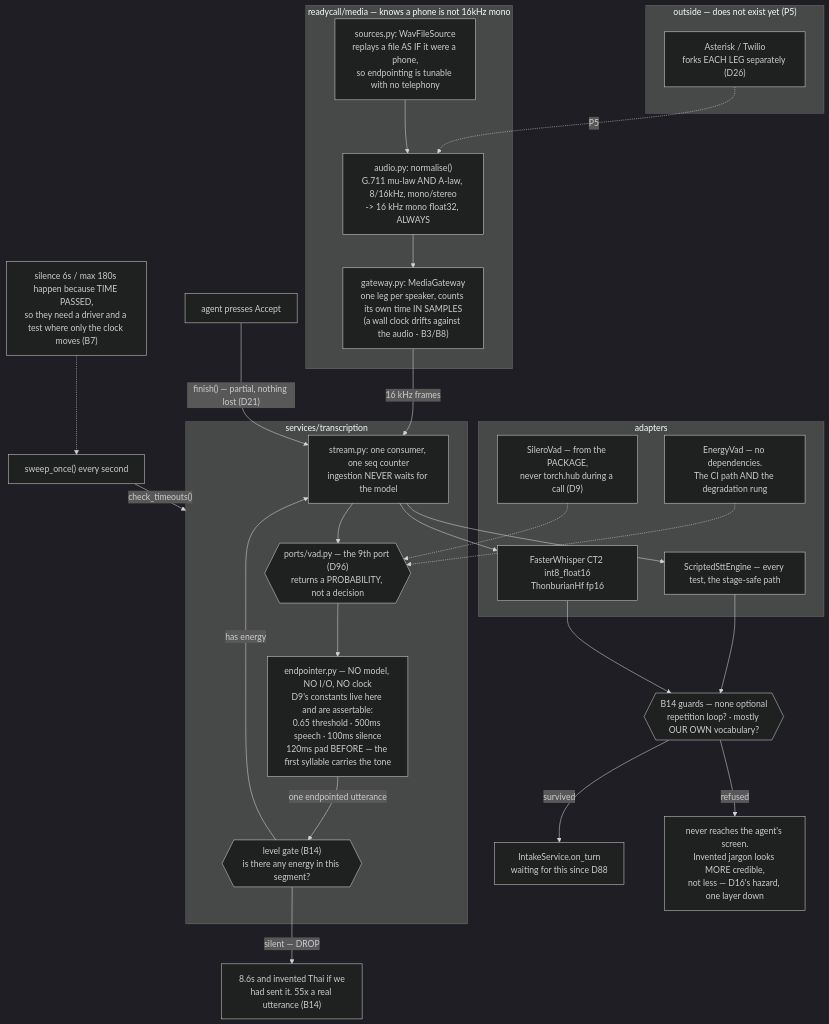
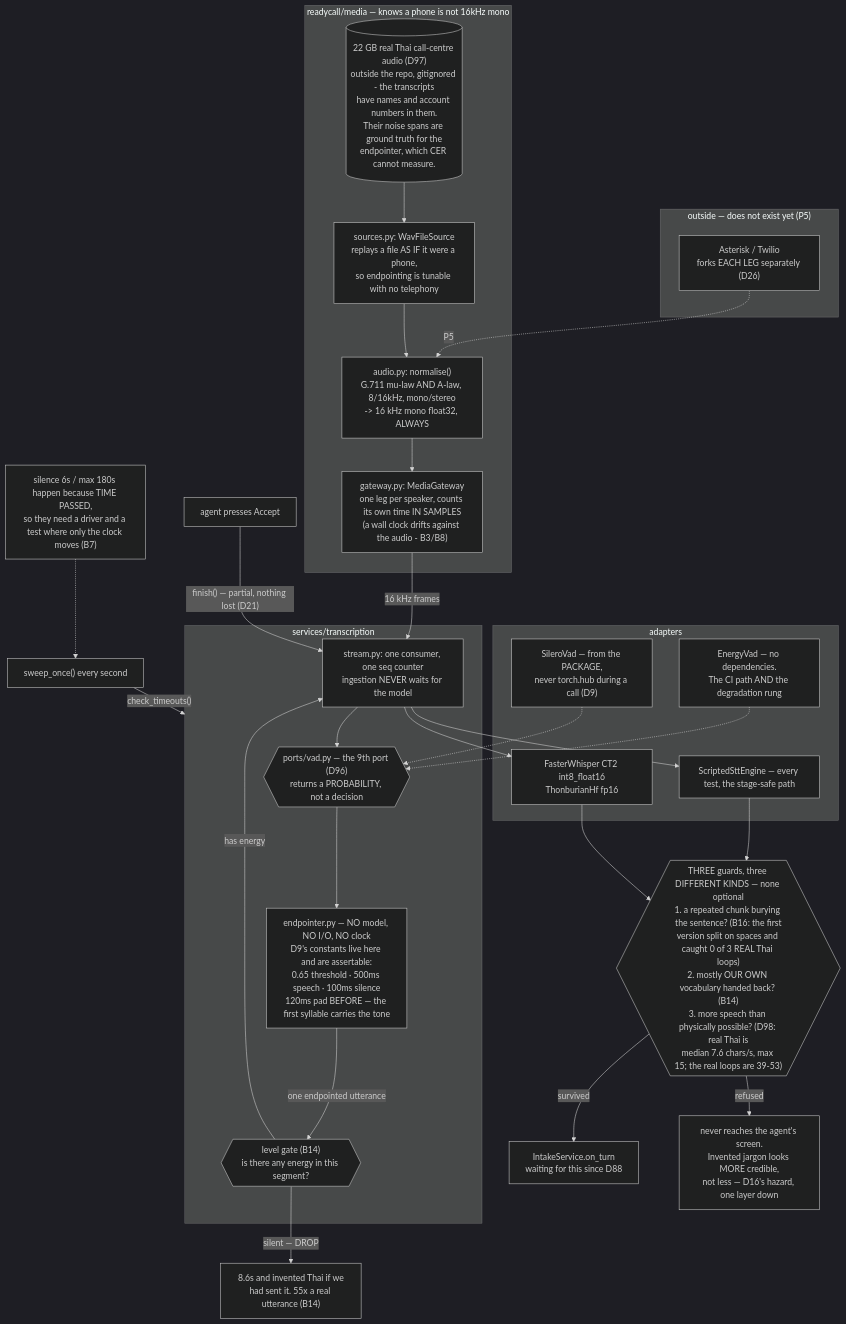
Before and after one commit to anakom-suvonvorn/Krungsri-ReadyCall: the diagram in docs/diagrams/src/audio_path.mmd, drawn with Mermaid (dark theme). The commit also changed 19 other files, not shown here.

```diff
--- a/docs/diagrams/src/audio_path.mmd
+++ b/docs/diagrams/src/audio_path.mmd
@@ -1,51 +1,54 @@
-%% HANDWRITTEN. Checked against ARCHITECTURE.md S6 + S7 + D9 + D21 + D26 + D88 + D96 + B7 + B14
+%% HANDWRITTEN. Checked against ARCHITECTURE.md S6 + S7 + D9 + D21 + D26 + D88 + D96 + D97 + D98
+%% + B7 + B14 + B16 + B18 + B19
 flowchart TB
     subgraph OUT["outside — does not exist yet (P5)"]
         TEL["Asterisk / Twilio<br/>forks EACH LEG separately (D26)"]
     end
 
     subgraph MEDIA["readycall/media — knows a phone is not 16kHz mono"]
         NORM["audio.py: normalise()<br/>G.711 mu-law AND A-law, 8/16kHz, mono/stereo<br/>-> 16 kHz mono float32, ALWAYS"]
         GW["gateway.py: MediaGateway<br/>one leg per speaker, counts its own time IN SAMPLES<br/>(a wall clock drifts against the audio - B3/B8)"]
         WAV["sources.py: WavFileSource<br/>replays a file AS IF it were a phone,<br/>so endpointing is tunable with no telephony"]
+        DATA[("22 GB real Thai call-centre audio (D97)<br/>outside the repo, gitignored - the transcripts<br/>have names and account numbers in them.<br/>Their noise spans are ground truth for the<br/>endpointer, which CER cannot measure.")]
     end
 
     subgraph TRANS["services/transcription"]
         VAD{{"ports/vad.py — the 9th port (D96)<br/>returns a PROBABILITY, not a decision"}}
         EP["endpointer.py — NO model, NO I/O, NO clock<br/>D9's constants live here and are assertable:<br/>0.65 threshold · 500ms speech · 100ms silence<br/>120ms pad BEFORE — the first syllable carries the tone"]
         GATE{{"level gate (B14)<br/>is there any energy in this segment?"}}
         STREAM["stream.py: one consumer, one seq counter<br/>ingestion NEVER waits for the model"]
     end
 
     subgraph ENG["adapters"]
         E1["EnergyVad — no dependencies.<br/>The CI path AND the degradation rung"]
         E2["SileroVad — from the PACKAGE,<br/>never torch.hub during a call (D9)"]
         S1["ScriptedSttEngine — every test, the stage-safe path"]
         S2["FasterWhisper CT2 int8_float16<br/>ThonburianHf fp16"]
     end
 
-    GUARDS{{"B14 guards — none optional<br/>repetition loop? · mostly OUR OWN vocabulary?"}}
+    GUARDS{{"THREE guards, three DIFFERENT KINDS — none optional<br/>1. a repeated chunk burying the sentence? (B16: the first<br/>version split on spaces and caught 0 of 3 REAL Thai loops)<br/>2. mostly OUR OWN vocabulary handed back? (B14)<br/>3. more speech than physically possible? (D98: real Thai is<br/>median 7.6 chars/s, max 15; the real loops are 39-53)"}}
     INTAKE["IntakeService.on_turn<br/>waiting for this since D88"]
 
     TEL -. "P5" .-> NORM
+    DATA --> WAV
     WAV --> NORM
     NORM --> GW
     GW -->|"16 kHz frames"| STREAM
     STREAM --> VAD
     VAD --> EP
     E1 -.-> VAD
     E2 -.-> VAD
     EP -->|"one endpointed utterance"| GATE
     GATE -->|"has energy"| STREAM
     GATE -->|"silent — DROP"| DROP["8.6s and invented Thai if we<br/>had sent it. 55x a real utterance (B14)"]
     STREAM --> S1
     STREAM --> S2
     S1 --> GUARDS
     S2 --> GUARDS
     GUARDS -->|"survived"| INTAKE
     GUARDS -->|"refused"| BIN["never reaches the agent's screen.<br/>Invented jargon looks MORE credible,<br/>not less — D16's hazard, one layer down"]
 
     SWEEP["sweep_once() every second"] -->|"check_timeouts()"| TRANS
     NOTE["silence 6s / max 180s happen because TIME PASSED,<br/>so they need a driver and a test where only the clock moves (B7)"] -.-> SWEEP
 
     ACCEPT["agent presses Accept"] -->|"finish() — partial, nothing lost (D21)"| STREAM
```
